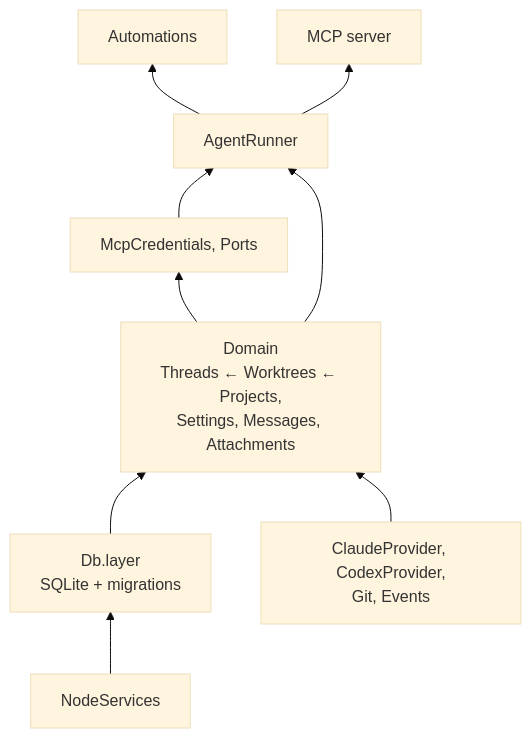
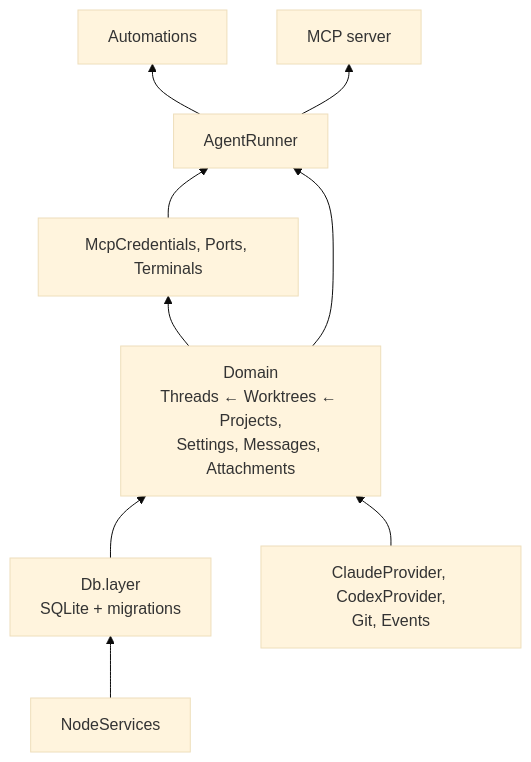
One commit to hinadev-ai/hinacode changed the third of 12 diagrams in docs/arch.md. Above: the diagram before and after it, drawn with Mermaid (base theme). The commit also changed other lines of this file and 1 other file, not shown here.

````diff
--- a/docs/arch.md
+++ b/docs/arch.md
@@ -72,18 +72,18 @@
 ```mermaid
 flowchart BT
   node["NodeServices"]
   db["Db.layer<br/>SQLite + migrations"]
   infra["ClaudeProvider, CodexProvider,<br/>Git, Events"]
   domain["Domain<br/>Threads ← Worktrees ← Projects,<br/>Settings, Messages, Attachments"]
-  features["McpCredentials, Ports"]
+  features["McpCredentials, Ports, Terminals"]
   runner["AgentRunner"]
   autos["Automations"]
   mcp["MCP server"]
 
   node --> db --> domain
   infra --> domain
   domain --> features --> runner
   domain --> runner
   runner --> autos
   runner --> mcp
 ```
````
